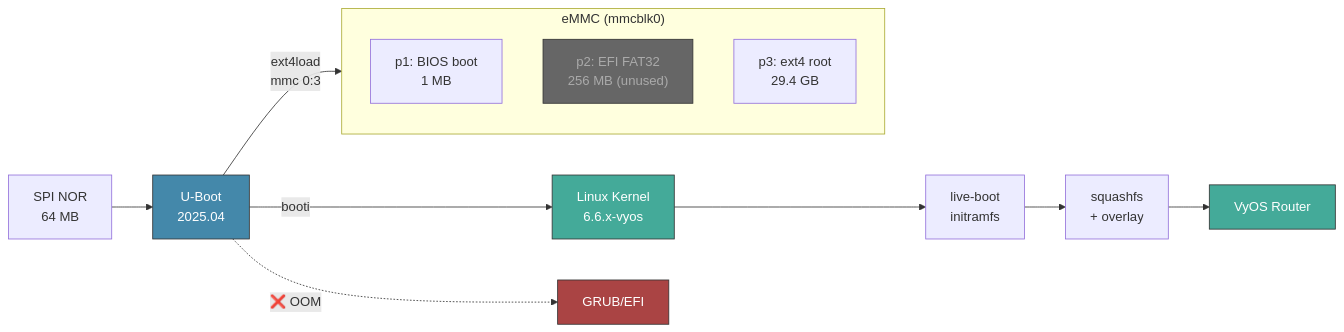
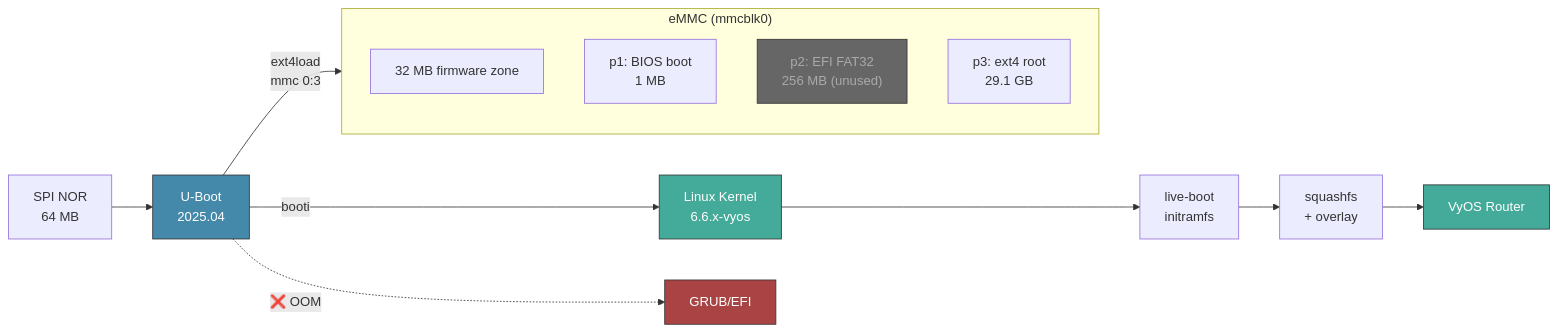
The second of 3 diagrams in README.md (Daegara/vyos-ls1046a-build), drawn with Mermaid before and after one commit. The commit also changed 9 other files, not shown here.

````diff
--- a/README.md
+++ b/README.md
@@ -90,24 +90,25 @@
 ```mermaid
 flowchart LR
   NOR["SPI NOR\n64 MB"] --> UB["U-Boot\n2025.04"]
   UB -->|"booti"| K["Linux Kernel\n6.6.x-vyos"]
   UB -.->|"❌ OOM"| EFI["GRUB/EFI"]
   K --> LB["live-boot\ninitramfs"]
   LB --> SQ["squashfs\n+ overlay"]
   SQ --> VYOS["VyOS Router"]
 
   subgraph eMMC ["eMMC (mmcblk0)"]
     direction TB
+    FW["32 MB firmware zone"]
     P1["p1: BIOS boot\n1 MB"]
     P2["p2: EFI FAT32\n256 MB (unused)"]
-    P3["p3: ext4 root\n29.4 GB"]
+    P3["p3: ext4 root\n29.1 GB"]
   end
 
   UB -->|"ext4load\nmmc 0:3"| P3
 
   style EFI fill:#a44,stroke:#333,color:#fff
   style UB fill:#48a,stroke:#333,color:#fff
   style K fill:#4a9,stroke:#333,color:#fff
   style VYOS fill:#4a9,stroke:#333,color:#fff
   style P2 fill:#666,stroke:#333,color:#aaa
 ```
````
